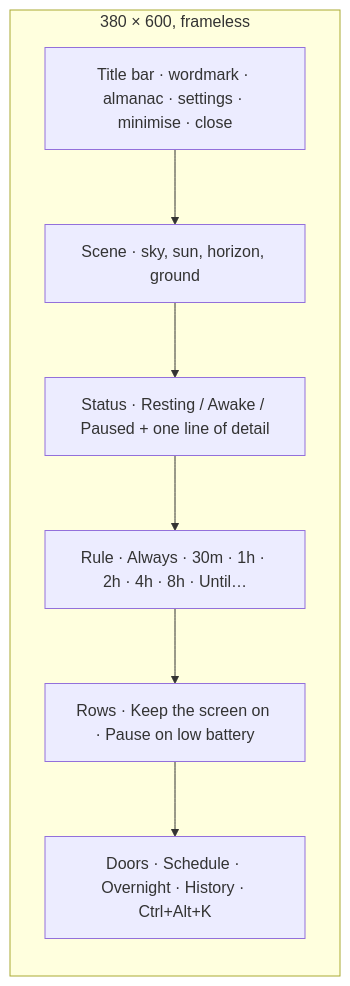
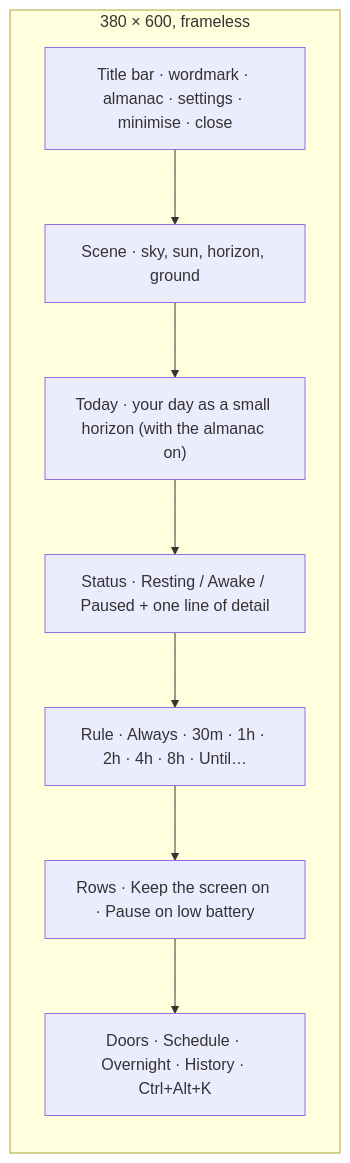
One commit to ax5hay/KeepMeAwake changed the diagram in docs/guide.md. Above: the diagram before and after it, drawn with Mermaid. The commit also changed other lines of this file and 20 other files, not shown here.

````diff
--- a/docs/guide.md
+++ b/docs/guide.md
@@ -7,13 +7,14 @@
 ```mermaid
 flowchart TB
     subgraph Window["380 × 600, frameless"]
         direction TB
         T["Title bar · wordmark · almanac · settings · minimise · close"]
         S["Scene · sky, sun, horizon, ground"]
+        TD["Today · your day as a small horizon (with the almanac on)"]
         ST["Status · Resting / Awake / Paused + one line of detail"]
         R["Rule · Always · 30m · 1h · 2h · 4h · 8h · Until…"]
         RW["Rows · Keep the screen on · Pause on low battery"]
         D["Doors · Schedule · Overnight · History · Ctrl+Alt+K"]
     end
-    T --> S --> ST --> R --> RW --> D
+    T --> S --> TD --> ST --> R --> RW --> D
 ```
````
